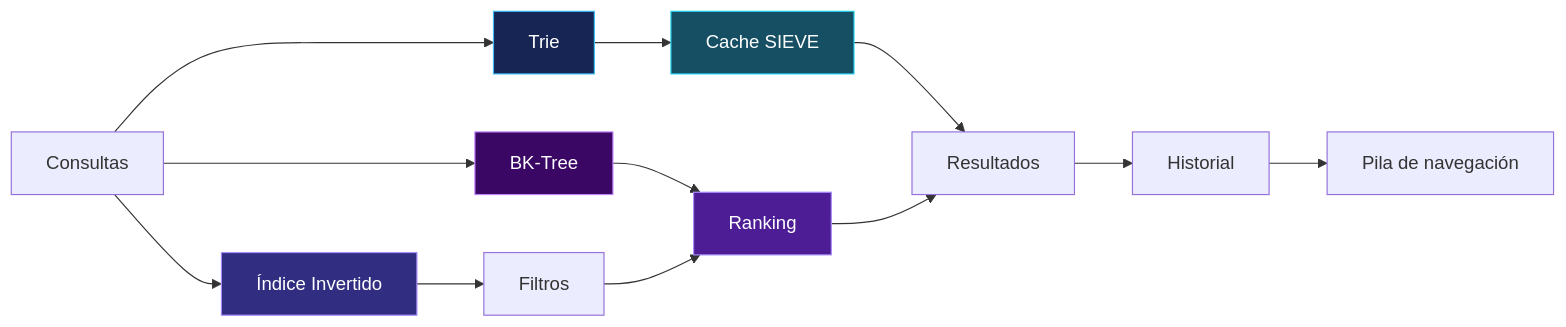
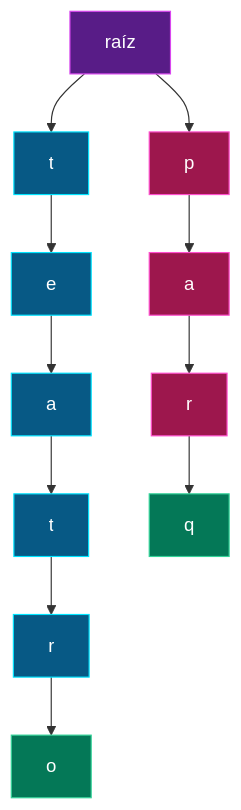
Before and after one commit to yimmyangulotorres-ui/POO: the second of 4 diagrams in README.md, drawn with Mermaid. The commit also changed other lines of this file, not shown here.

````diff
--- a/README.md
+++ b/README.md
@@ -380,20 +178,25 @@
 ```mermaid
-flowchart LR
-    Q["Consultas"] --> T["Trie"]
-    Q --> I["Índice Invertido"]
-    Q --> BK["BK-Tree"]
-    T --> C["Cache SIEVE"]
-    I --> F["Filtros"]
-    BK --> R["Ranking"]
-    F --> R
-    C --> O["Resultados"]
-    R --> O
-    O --> H["Historial"]
-    H --> P["Pila de navegación"]
+flowchart TD
+    R[" raíz "] --> T["t"]
+    R --> P["p"]
+    T --> E["e"]
+    E --> A["a"]
+    A --> T2["t"]
+    T2 --> R2["r"]
+    R2 --> O["o"]
+    P --> A2["a"]
+    A2 --> R3["r"]
+    R3 --> Q["q"]
 
-    style T fill:#172554,stroke:#38bdf8,color:#fff
-    style C fill:#164e63,stroke:#22d3ee,color:#fff
-    style I fill:#312e81,stroke:#a78bfa,color:#fff
-    style BK fill:#3b0764,stroke:#c084fc,color:#fff
-    style R fill:#4c1d95,stroke:#a78bfa,color:#fff
+    style R fill:#581C87,stroke:#D946EF,color:white
+    style T fill:#075985,stroke:#00E5FF,color:white
+    style E fill:#075985,stroke:#00E5FF,color:white
+    style A fill:#075985,stroke:#00E5FF,color:white
+    style T2 fill:#075985,stroke:#00E5FF,color:white
+    style R2 fill:#075985,stroke:#00E5FF,color:white
+    style O fill:#047857,stroke:#34D399,color:white
+    style P fill:#9D174D,stroke:#FF4ECD,color:white
+    style A2 fill:#9D174D,stroke:#FF4ECD,color:white
+    style R3 fill:#9D174D,stroke:#FF4ECD,color:white
+    style Q fill:#047857,stroke:#34D399,color:white
 ```
````
